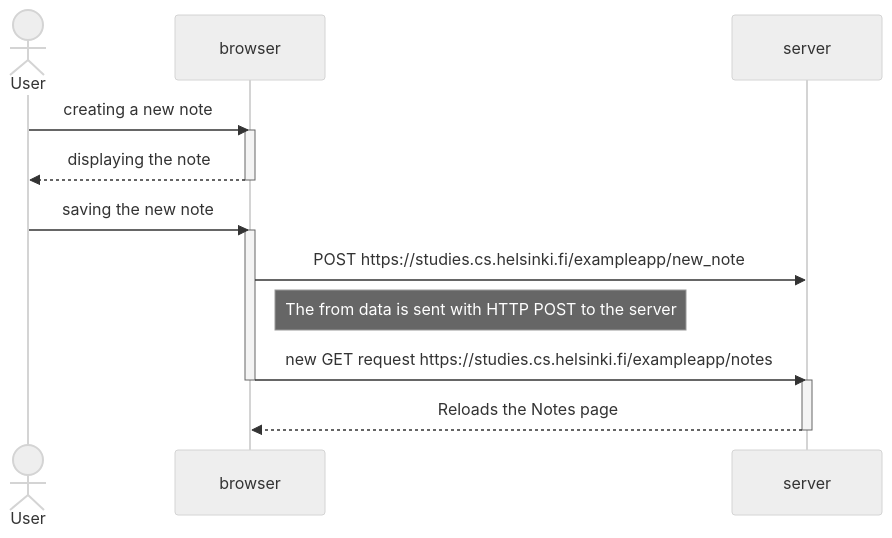
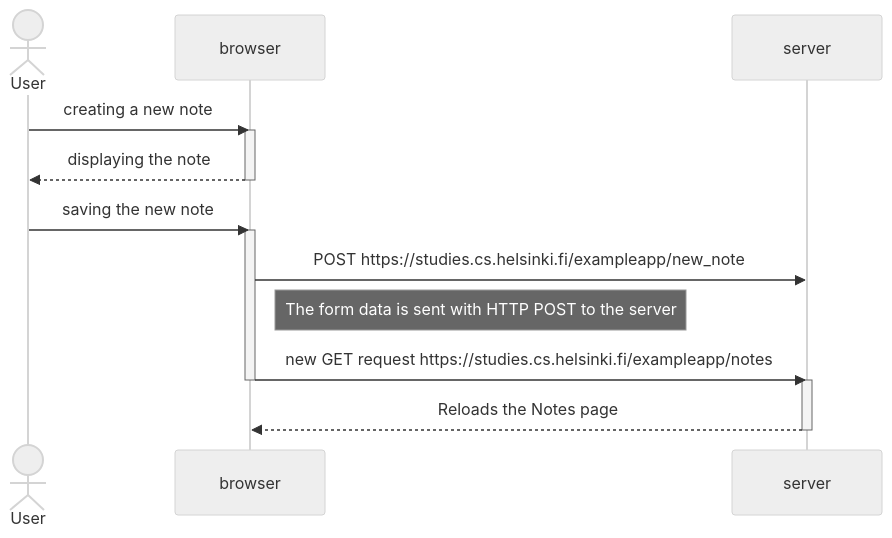
The first of 2 diagrams in README.md (lumuellelumelay/full_stack_open), drawn with Mermaid (neutral theme) before and after one commit.

Commit message:
README.md

````diff
--- a/README.md
+++ b/README.md
@@ -5,24 +5,24 @@
 ```mermaid
 sequenceDiagram
     actor User
     participant browser
     participant server
 
     User->>browser: creating a new note
     activate browser
     browser-->>User: displaying the note
     deactivate browser
 
     User->>browser: saving the new note
     activate browser
     browser->>server: POST https://studies.cs.helsinki.fi/exampleapp/new_note
 
-    Note right of browser: The from data is sent with HTTP POST to the server
+    Note right of browser: The form data is sent with HTTP POST to the server
 
     browser->>server: new GET request https://studies.cs.helsinki.fi/exampleapp/notes
     deactivate browser
     activate server
     server-->>browser: Reloads the Notes page
     deactivate server
     
 ```
````
